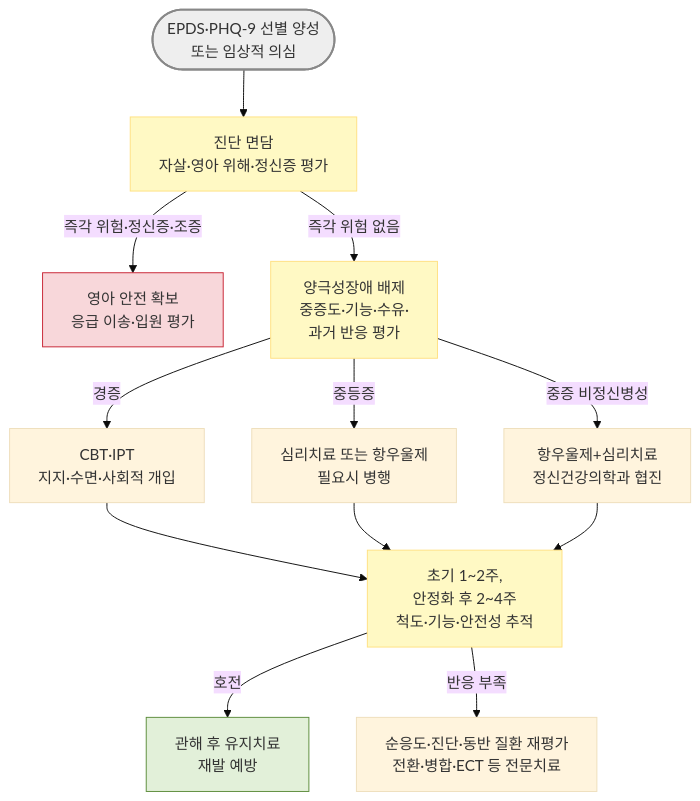
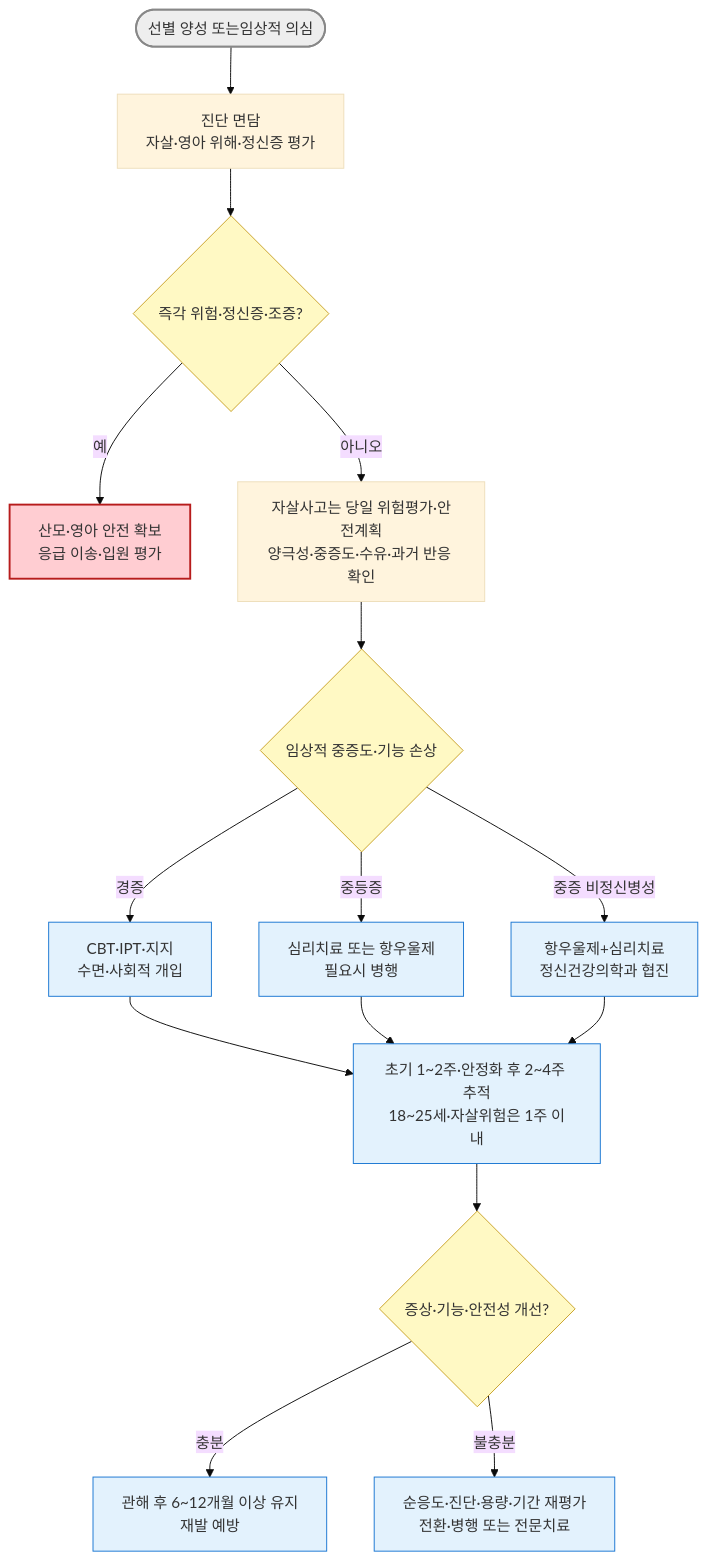
One commit to familyoh77/familyoh77 changed the diagram in 221_/028_-postpartum-depression.md. Above: the diagram before and after it, drawn with Mermaid (base theme). The commit also changed other lines of this file and 9 other files, not shown here.

````diff
--- a/221_/028_-postpartum-depression.md
+++ b/221_/028_-postpartum-depression.md
@@ -171,21 +173,25 @@
 ```mermaid
 flowchart TD
-    A(["EPDS·PHQ-9 선별 양성<br/>또는 임상적 의심"]) --> B["진단 면담<br/>자살·영아 위해·정신증 평가"]
-    B -->|"즉각 위험·정신증·조증"| C["영아 안전 확보<br/>응급 이송·입원 평가"]
-    B -->|"즉각 위험 없음"| D["양극성장애 배제<br/>중증도·기능·수유·<br/>과거 반응 평가"]
-    D -->|"경증"| E["CBT·IPT<br/>지지·수면·사회적 개입"]
-    D -->|"중등증"| F["심리치료 또는 항우울제<br/>필요시 병행"]
-    D -->|"중증 비정신병성"| G["항우울제+심리치료<br/>정신건강의학과 협진"]
-    E --> H["초기 1~2주, <br/>안정화 후 2~4주<br/>척도·기능·안전성 추적"]
+    A(["선별 양성 또는임상적 의심"]) --> B["진단 면담<br/>자살·영아 위해·정신증 평가"]
+    B --> Risk{"즉각 위험·정신증·조증?"}
+    Risk -- "예" --> C["산모·영아 안전 확보<br/>응급 이송·입원 평가"]
+    Risk -- "아니오" --> D["자살사고는 당일 위험평가·안전계획<br/>양극성·중증도·수유·과거 반응 확인"]
+    D --> Q{"임상적 중증도·기능 손상"}
+    Q -- "경증" --> E["CBT·IPT·지지<br/>수면·사회적 개입"]
+    Q -- "중등증" --> F["심리치료 또는 항우울제<br/>필요시 병행"]
+    Q -- "중증 비정신병성" --> G["항우울제+심리치료<br/>정신건강의학과 협진"]
+    E --> H["초기 1~2주·안정화 후 2~4주 추적<br/>18~25세·자살위험은 1주 이내"]
     F --> H
     G --> H
-    H -->|"호전"| J["관해 후 유지치료<br/>재발 예방"]
-    H -->|"반응 부족"| I["순응도·진단·동반 질환 재평가<br/>전환·병합·ECT 등 전문치료"]
-    style A fill:#eeeeee,stroke:#888888,stroke-width:2px
-    style B fill:#fff9c4,stroke:#ffe082
-    style C fill:#F8D7DA,stroke:#C82333
-    style D fill:#fff9c4,stroke:#ffe082
-    style H fill:#fff9c4,stroke:#ffe082
-    style J fill:#E2F0D9,stroke:#5B8C3A
-
+    H --> R{"증상·기능·안전성 개선?"}
+    R -- "충분" --> J["관해 후 6~12개월 이상 유지<br/>재발 예방"]
+    R -- "불충분" --> I["순응도·진단·용량·기간 재평가<br/>전환·병행 또는 전문치료"]
+    classDef start fill:#eee,stroke:#888,stroke-width:2px
+    classDef decision fill:#fff9c4,stroke:#c9a227
+    classDef emergency fill:#ffcdd2,stroke:#b71c1c,stroke-width:2px
+    classDef treatment fill:#e3f2fd,stroke:#1976d2
+    class A start
+    class Risk,Q,R decision
+    class C emergency
+    class E,F,G,H,J,I treatment
 ```
````
